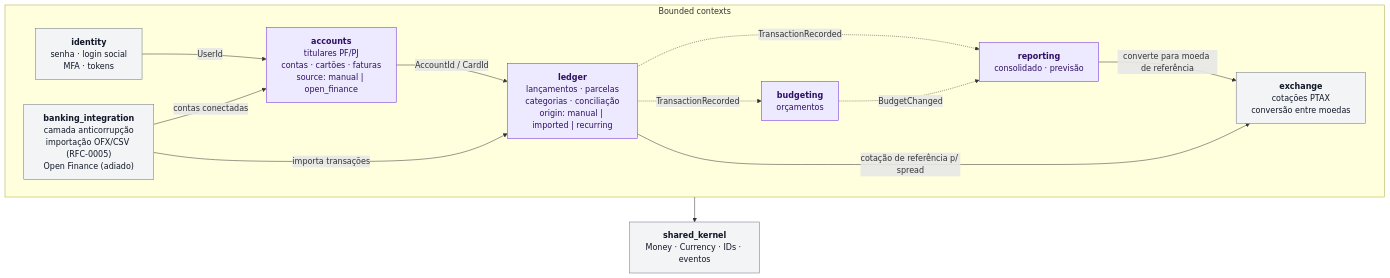
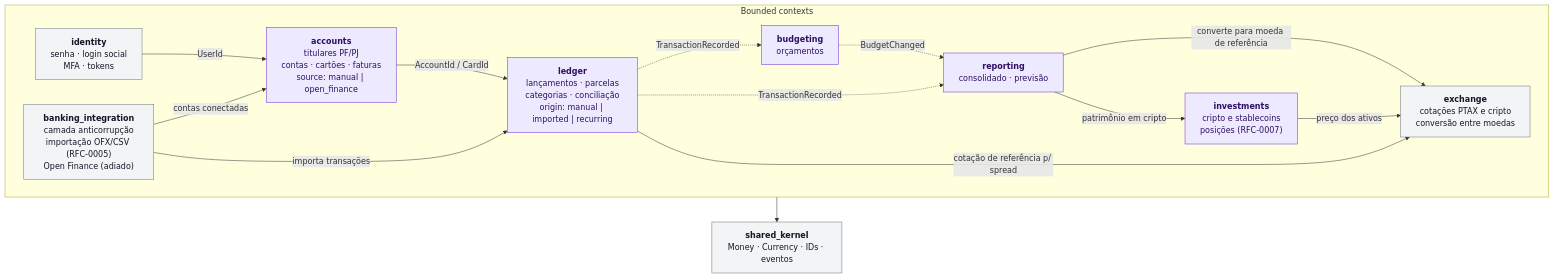
One commit to wyhitomi/my-finance-app changed the third of 6 diagrams in docs/architecture/diagrams.md. Above: the diagram before and after it, drawn with Mermaid. The commit also changed other lines of this file and 20 other files, not shown here.

First line of the commit message:
ci: release-please (ADR-0017) + docs: PTAX, cripto (RFC-0007) e guias de uso (#35)

````diff
--- a/docs/architecture/diagrams.md
+++ b/docs/architecture/diagrams.md
@@ -82,31 +84,34 @@
 ```mermaid
 flowchart TB
     subgraph ctx["Bounded contexts"]
         identity["<b>identity</b><br/>senha · login social<br/>MFA · tokens"]
         accounts["<b>accounts</b><br/>titulares PF/PJ<br/>contas · cartões · faturas<br/>source: manual | open_finance"]
         ledger["<b>ledger</b><br/>lançamentos · parcelas<br/>categorias · conciliação<br/>origin: manual | imported | recurring"]
         budgeting["<b>budgeting</b><br/>orçamentos"]
         reporting["<b>reporting</b><br/>consolidado · previsão"]
         banking["<b>banking_integration</b><br/>camada anticorrupção<br/>importação OFX/CSV (RFC-0005)<br/>Open Finance (adiado)"]
-        exchange["<b>exchange</b><br/>cotações PTAX<br/>conversão entre moedas"]
+        exchange["<b>exchange</b><br/>cotações PTAX e cripto<br/>conversão entre moedas"]
+        investments["<b>investments</b><br/>cripto e stablecoins<br/>posições (RFC-0007)"]
     end
 
     kernel["<b>shared_kernel</b><br/>Money · Currency · IDs · eventos"]
 
     identity -->|UserId| accounts
     accounts -->|"AccountId / CardId"| ledger
     banking -->|contas conectadas| accounts
     banking -->|"importa transações"| ledger
     ledger -.->|"TransactionRecorded"| budgeting
     ledger -.->|"TransactionRecorded"| reporting
     budgeting -.->|"BudgetChanged"| reporting
     reporting -->|converte para moeda de referência| exchange
     ledger -->|cotação de referência p/ spread| exchange
+    investments -->|preço dos ativos| exchange
+    reporting -->|patrimônio em cripto| investments
 
     ctx --> kernel
 
     classDef core fill:#ede9fe,stroke:#6d28d9,color:#2e1065
     classDef support fill:#f3f4f6,stroke:#6b7280,color:#111827
-    class accounts,ledger,budgeting,reporting core
+    class accounts,ledger,budgeting,reporting,investments core
     class identity,banking,exchange,kernel support
 ```
````
